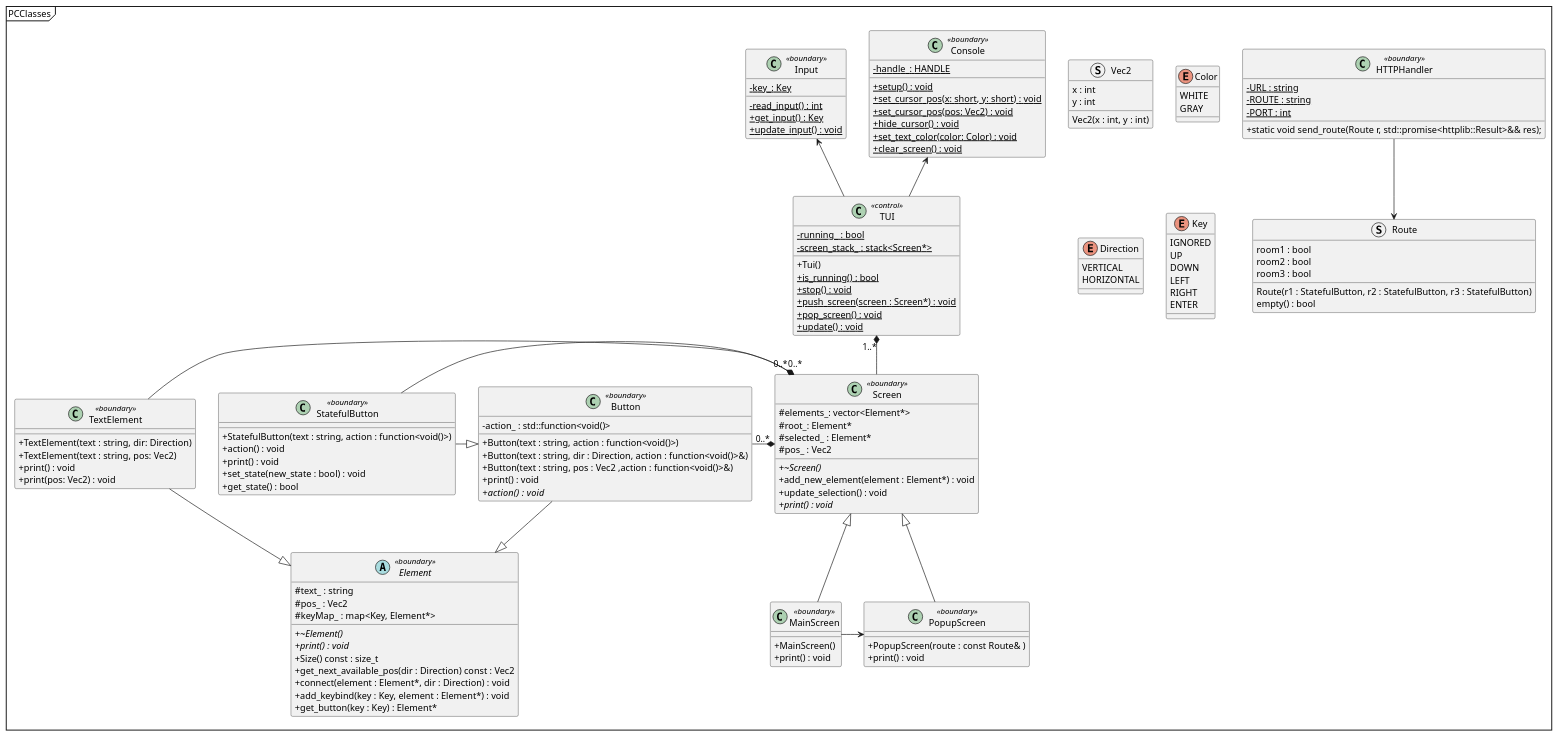
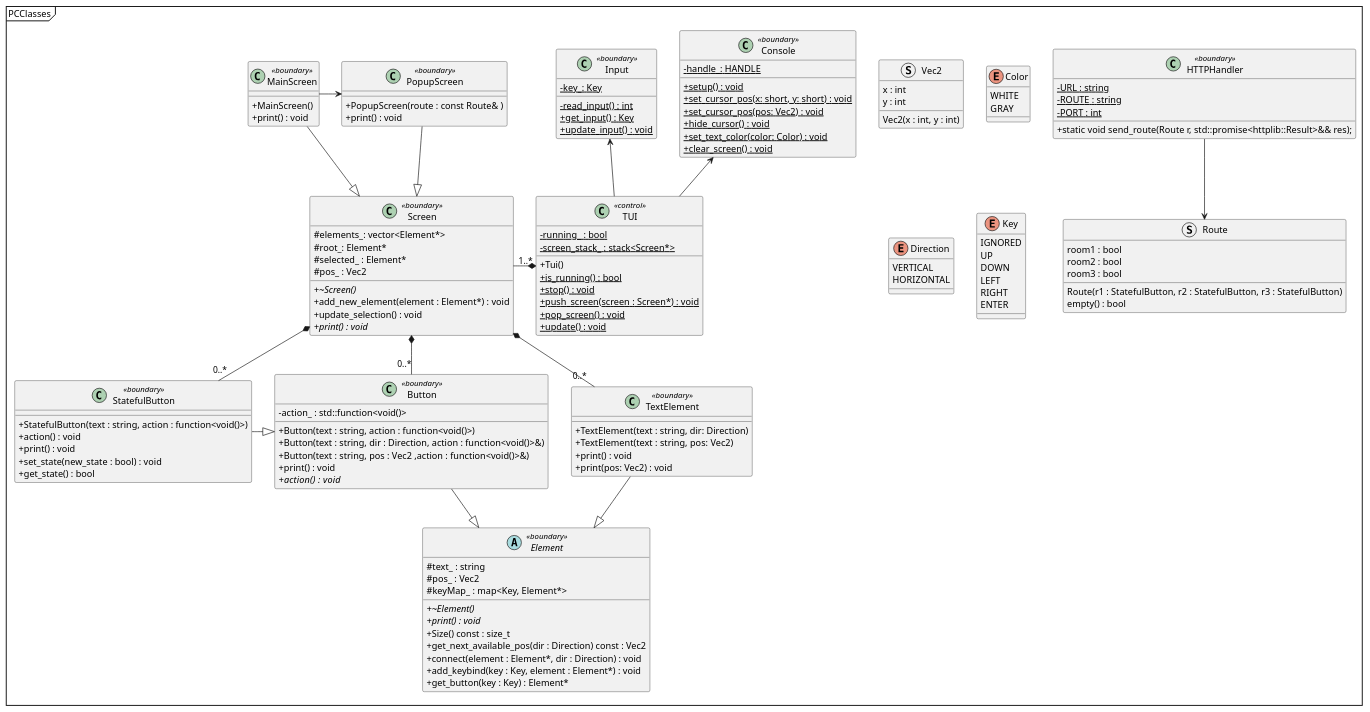
One commit to lineklemensen/PRJ3 changed the diagram in docs/diagrams/Plantuml/apModel/pc_classes.puml. Above: the diagram before and after it, drawn with PlantUML. The commit also changed 2 other files, not shown here.

Commit message:
Update uc2 diagrams

```diff
--- a/docs/diagrams/Plantuml/apModel/pc_classes.puml
+++ b/docs/diagrams/Plantuml/apModel/pc_classes.puml
@@ -1,190 +1,190 @@
 @startuml PCClasses
 
 mainframe PCClasses
 'hide circle
 
 skinparam {
     packageStyle rectangle
     'Linetype ortho
     ClassAttributeIconSize 0
 }
 
 class "TUI" as tui <<control>>
 {
    - {static} running_ : bool
    - {static} screen_stack_ : stack<Screen*>
 
    + Tui()
    + {static} is_running() : bool
    + {static} stop() : void
    + {static} push_screen(screen : Screen*) : void
    + {static} pop_screen() : void
    + {static} update() : void
 }
 
 class "Console" as cs <<boundary>>
 {
 
    -{static}handle_: HANDLE
    +{static}setup() : void
    +{static}set_cursor_pos(x: short, y: short) : void
    +{static}set_cursor_pos(pos: Vec2) : void
    +{static}hide_cursor() : void
    +{static}set_text_color(color: Color) : void
    +{static}clear_screen() : void
 
 }
 
 class "Input" as in <<boundary>>
 {
    -{static}key_: Key
    -{static}read_input() : int
    +{static}get_input() : Key
    +{static}update_input() : void
 }
 
 class "Button" as b <<boundary>>
 {
    - {field}action_ : std::function<void()>
    + Button(text : string, action : function<void()>)
    + Button(text : string, dir : Direction, action : function<void()>&)
    + Button(text : string, pos : Vec2 ,action : function<void()>&)
    + print() : void
    + {abstract} action() :  void
 }
 
 abstract "Element" as e <<boundary>>
 {
    + {abstract}~Element()
    + {abstract}print() : void 
    + Size() const : size_t
    + get_next_available_pos(dir : Direction) const : Vec2
    + connect(element : Element*, dir : Direction) : void
    + add_keybind(key : Key, element : Element*) : void
    + get_button(key : Key) : Element*
 
    # text_ : string
    # pos_ : Vec2 
    # keyMap_ : map<Key, Element*>
 
 }
 
 class "TextElement" as te <<boundary>>
 {
    + TextElement(text : string, dir: Direction)
    + TextElement(text : string, pos: Vec2)
    + print() : void
    + print(pos: Vec2) : void
 }
 
 class "StatefulButton" as sb <<boundary>>
 {
    + StatefulButton(text : string, action : function<void()>)
    '+ StatefulButton(text : string, dir : Direction,action : function<void()>)
    + action() : void
    + print() : void
    + set_state(new_state : bool) : void
    + get_state() : bool
 }
 
 class "HTTPHandler" as http <<boundary>>
 {
    - {static}URL : string
    - {static}ROUTE : string
    - {static}PORT : int
 
    + static void send_route(Route r, std::promise<httplib::Result>&& res);
 }
 
 class "Screen" as sc <<boundary>>
 {
    # elements_: vector<Element*>
    # root_: Element*
    # selected_ : Element* 
    # pos_ : Vec2
 
    + {abstract}~Screen()
    + add_new_element(element : Element*) : void
    + update_selection() : void
    + {abstract}print() : void
 
 }
 
 class "MainScreen" as msc <<boundary>>
 {
    + MainScreen()
    + print() : void
 }
 class "PopupScreen" as psc <<boundary>>
 {
    + PopupScreen(route : const Route& )
    + print() : void
 }
 
 
 struct Vec2{
    x : int
    y : int
 
    Vec2(x : int, y : int)
 }
 struct Route
 {
    room1 : bool
    room2 : bool
    room3 : bool
 
    Route(r1 : StatefulButton, r2 : StatefulButton, r3 : StatefulButton)
    empty() : bool
 }
 
 enum Color {
    WHITE
    GRAY
 }
 
 enum Direction{
    VERTICAL
    HORIZONTAL
 }
 
 enum Key
 {
    IGNORED
    UP
    DOWN
    LEFT
    RIGHT
    ENTER
 }
 
 tui -u-> cs
 tui -u-> in
 
-msc -u-|> sc
-psc -u-|> sc
+sc <|-u- msc
+sc <|-u- psc
 
-tui "1..*" *--  sc
+tui *-l- "1..*" sc
 msc -r-> psc
 
 te --|> e
 sb -r-|> b
 b --|> e
 
-sc "0..*" *-l- te
-sc "0..*" *-l- sb
-sc "0..*" *-l- b
+sc *-d- "0..*" te
+sc *-d- "0..*" sb
+sc *-d- "0..*" b
 
 'b --> http 
 
 
 http -d-> Route
 
 'note right of Color : Used for setting the\ntext color in the terminal;
 'note right of Direction : Used for determining which\ndirection to automatically place an element
 'note right of Key : The different input keys
 'note right of Vec2 : Simple storage of a x,y pair of values.\nMostly used as coordinates
 
 
 
 @enduml
```
